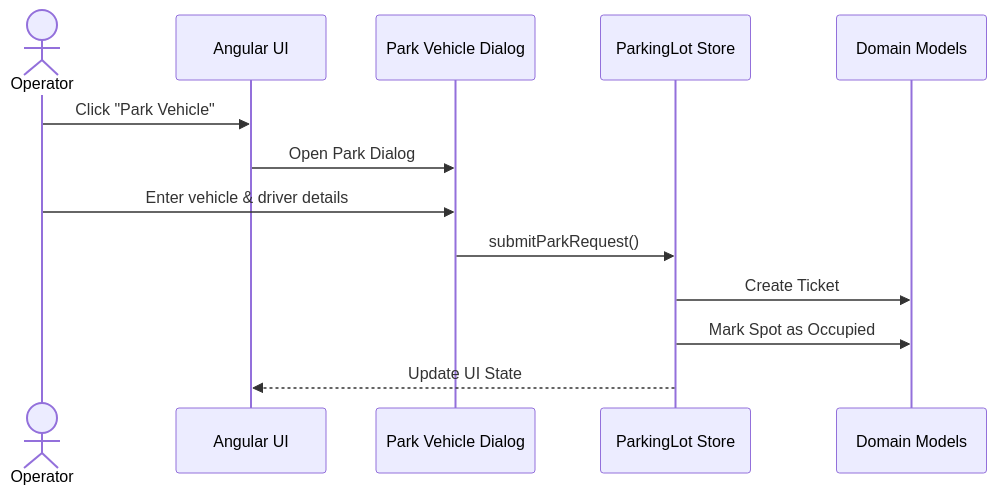
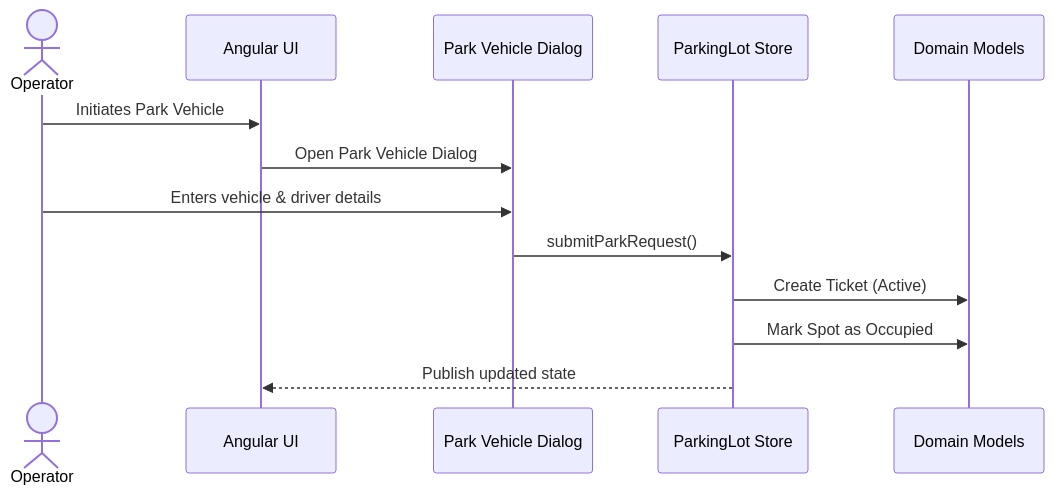
The first of 2 diagrams in docs/SEQUENCE.md (AmitVasava/parking-lot-web-v2), drawn with Mermaid before and after one commit. The commit also changed other lines of this file, not shown here.

Commit message:
docs(sequence): lock Park & Unpark flows (Phase A)

````diff
--- a/docs/SEQUENCE.md
+++ b/docs/SEQUENCE.md
@@ -39,16 +50,16 @@
 ```mermaid
 sequenceDiagram
     actor Operator
     participant UI as Angular UI
     participant Dialog as Park Vehicle Dialog
     participant Store as ParkingLot Store
     participant Domain as Domain Models
 
-    Operator ->> UI: Click "Park Vehicle"
-    UI ->> Dialog: Open Park Dialog
-    Operator ->> Dialog: Enter vehicle & driver details
+    Operator ->> UI: Initiates Park Vehicle
+    UI ->> Dialog: Open Park Vehicle Dialog
+    Operator ->> Dialog: Enters vehicle & driver details
     Dialog ->> Store: submitParkRequest()
-    Store ->> Domain: Create Ticket
+    Store ->> Domain: Create Ticket (Active)
     Store ->> Domain: Mark Spot as Occupied
-    Store -->> UI: Update UI State
+    Store -->> UI: Publish updated state
 ```
````
